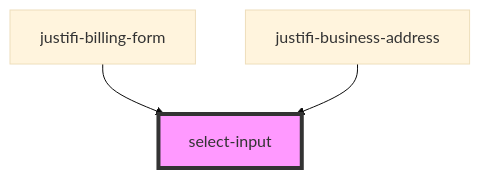
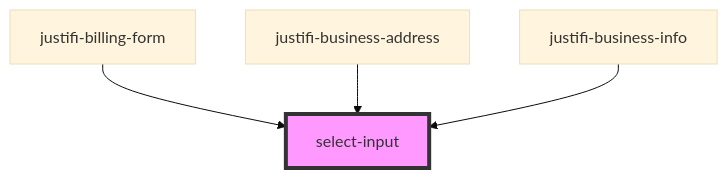
The diagram in stencil-library/src/components/select-input/readme.md (justifi-tech/web-component-library), drawn with Mermaid (base theme) before and after one commit. The commit also changed other lines of this file and 9 other files, not shown here.

Commit message:
add business-info component with form validation and types

````diff
--- a/stencil-library/src/components/select-input/readme.md
+++ b/stencil-library/src/components/select-input/readme.md
@@ -39,6 +40,7 @@
 ```mermaid
 graph TD;
   justifi-billing-form --> select-input
   justifi-business-address --> select-input
+  justifi-business-info --> select-input
   style select-input fill:#f9f,stroke:#333,stroke-width:4px
 ```
````
